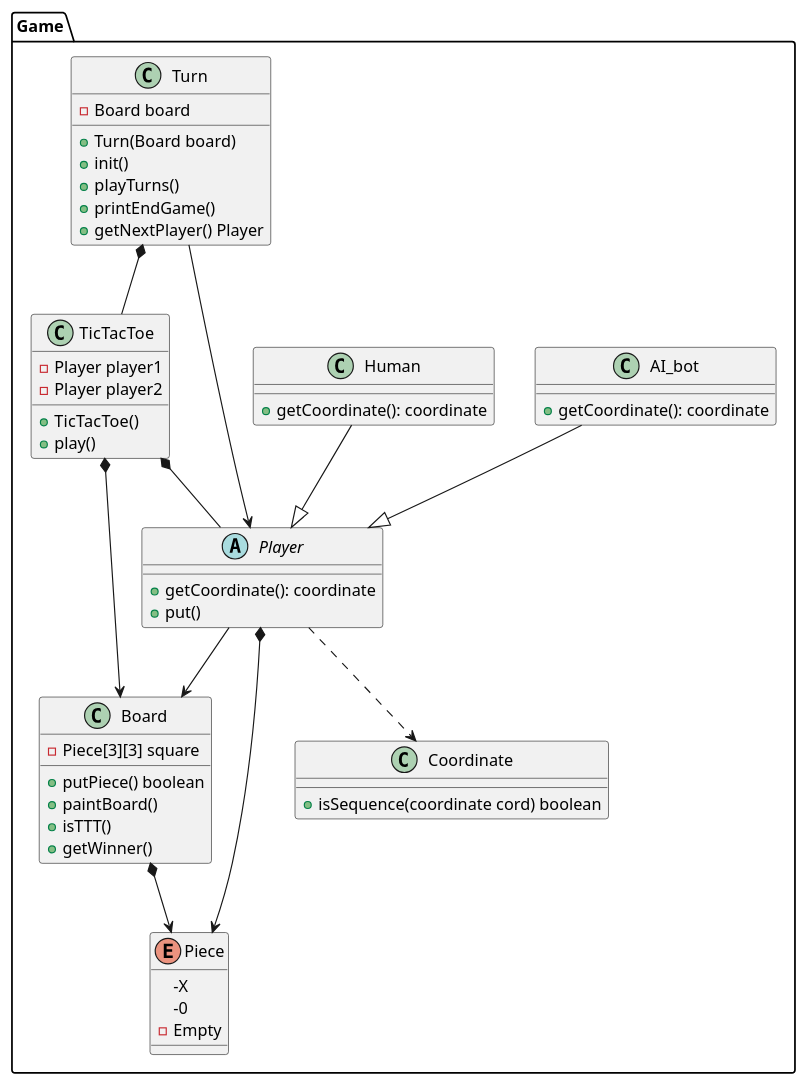
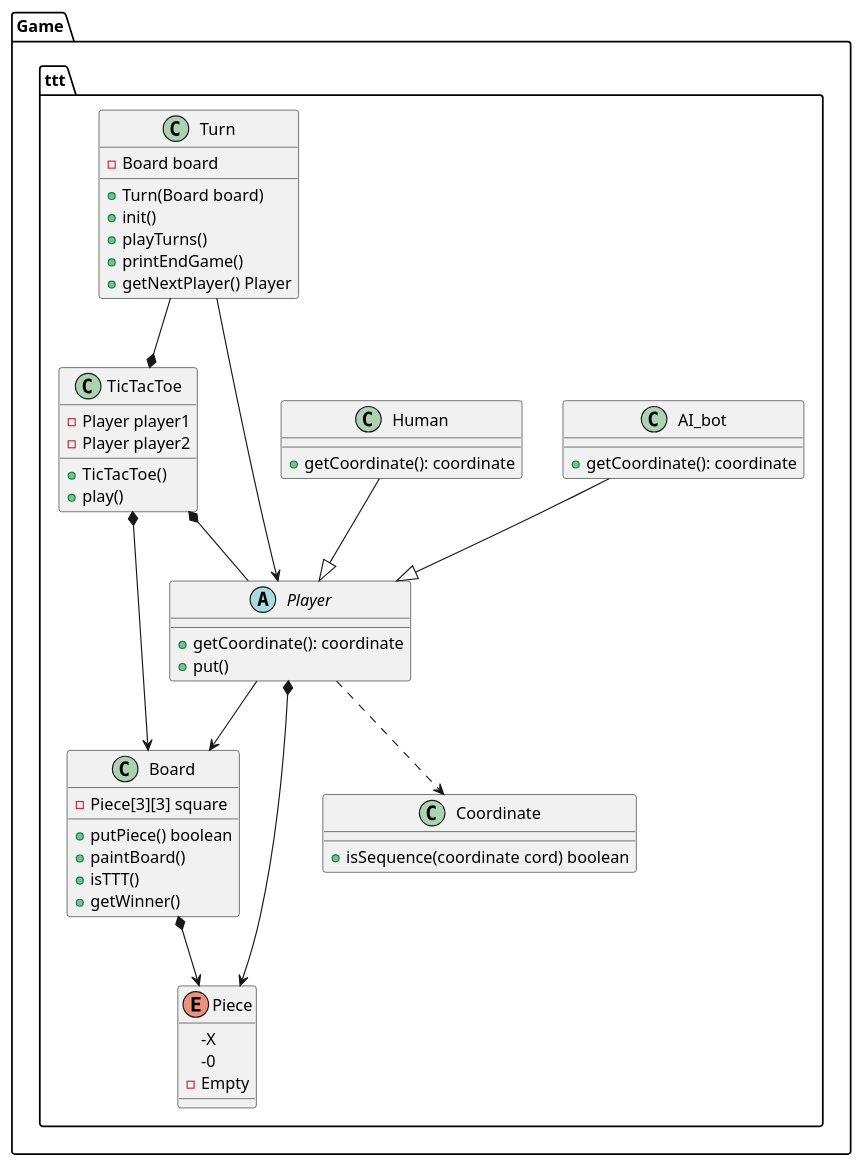
Before and after one commit to sergiomendez2/newworkspacecodinggame: the diagram in docs/classdiagram/TTTClassDiagram.puml, drawn with PlantUML. The commit also changed 8 other files, not shown here.

```diff
--- a/docs/classdiagram/TTTClassDiagram.puml
+++ b/docs/classdiagram/TTTClassDiagram.puml
@@ -1,69 +1,71 @@
 @startuml
 package Game{
+package ttt{
 
     class TicTacToe{
         +TicTacToe()
         +play()
         -Player player1
         -Player player2
     }
 
     class AI_bot{
         +getCoordinate(): coordinate
     }
 
     class Human{
         +getCoordinate(): coordinate
     }
 
     class Turn{
         -Board board
         +Turn(Board board)
         +init()
         +playTurns()
         +printEndGame()
         +getNextPlayer() Player
     }
 
     abstract Player{
         +getCoordinate(): coordinate
         +put()
     }
 
     class Coordinate{
         +isSequence(coordinate cord) boolean
     }
 
     class Board{
         -Piece[3][3] square
         +putPiece() boolean
         +paintBoard()
         +isTTT()
         +getWinner()
     }
 
     enum Piece{
         -X
         -0
         -Empty
     }
-
+}
+}
     AI_bot --|> Player
     Human --|> Player
-    Turn *-- TicTacToe
+    Turn --* TicTacToe
     Turn --> Player
     Player *--> Piece
     Player ..> Coordinate
     Player --> Board
     Board *--> Piece
     TicTacToe *-- Player
     TicTacToe *--> Board
 
 
 
 
 
 
 
 
 @enduml
```
